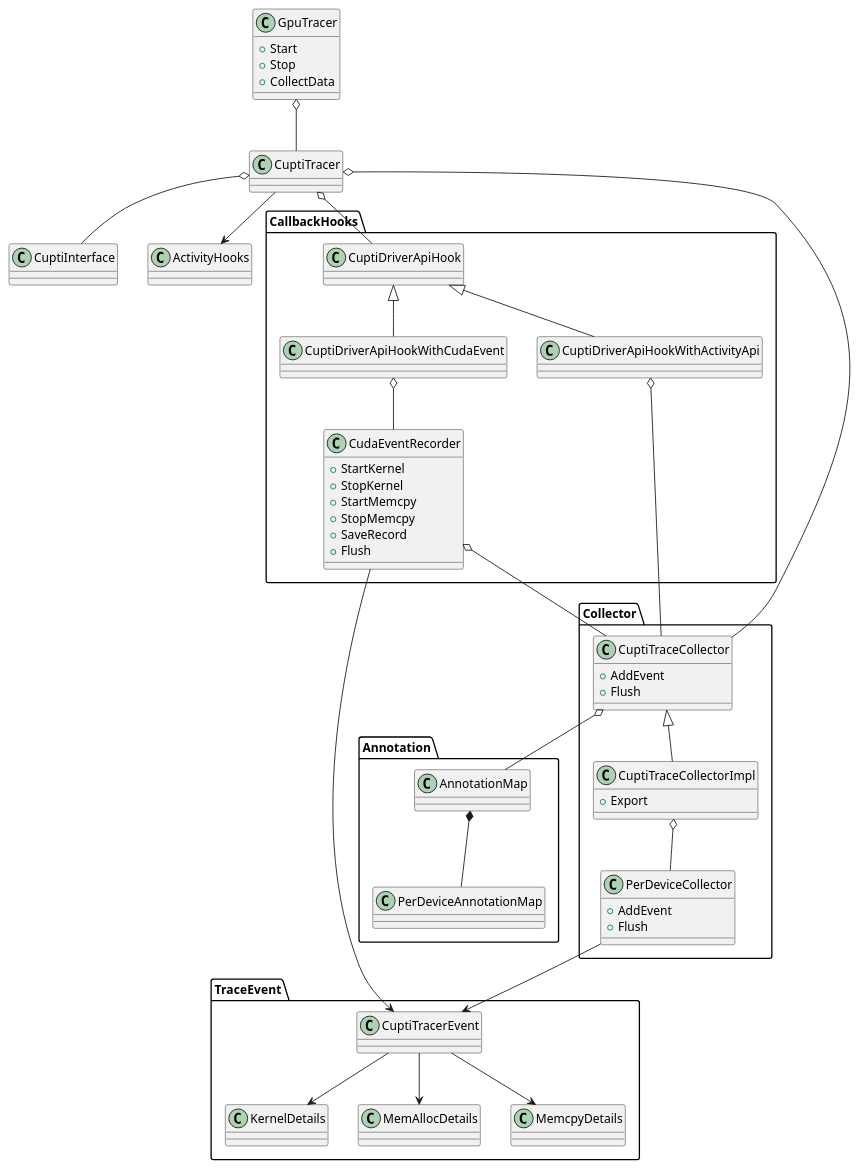
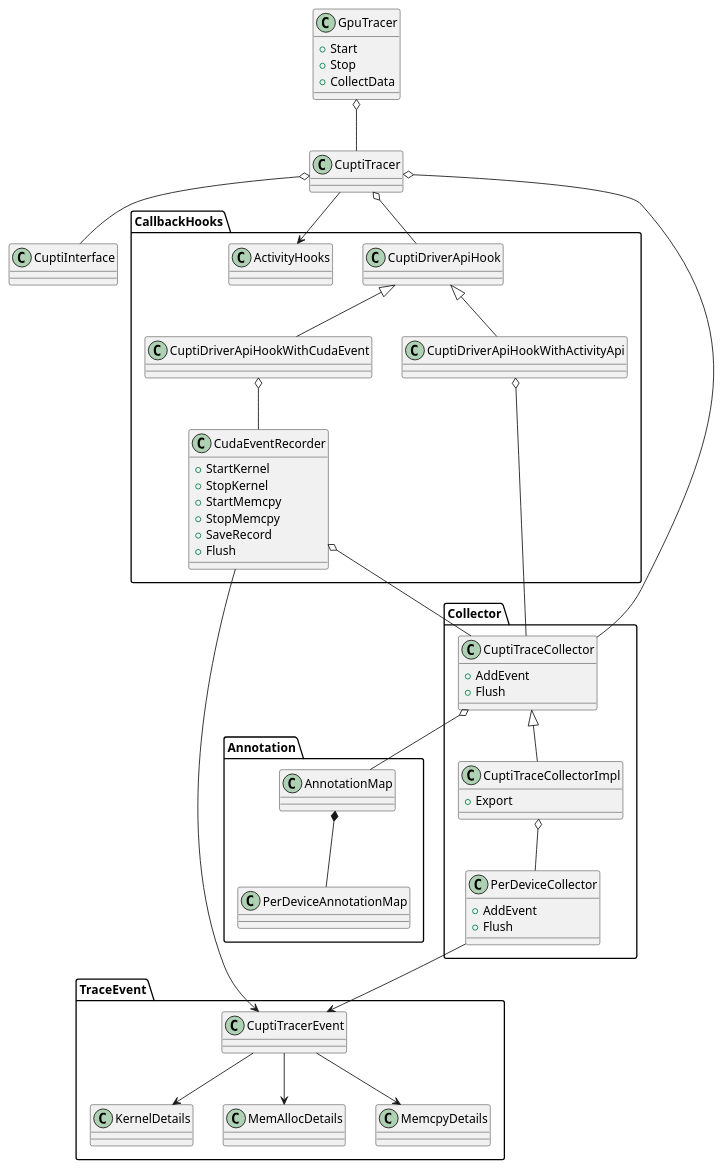
The diagram in _includes/umls/tensorflow_profiler/tensorflow-gpu-profiler-class.plantuml (HermanYang/yangxy.me), drawn with PlantUML before and after one commit. The commit also changed 6 other files, not shown here.

```diff
--- a/_includes/umls/tensorflow_profiler/tensorflow-gpu-profiler-class.plantuml
+++ b/_includes/umls/tensorflow_profiler/tensorflow-gpu-profiler-class.plantuml
@@ -1,81 +1,81 @@
 @startuml
 
 class GpuTracer {
   + Start
   + Stop
   + CollectData
 }
 
 package TraceEvent {
   class KernelDetails
   class MemAllocDetails
   class MemcpyDetails
   class CuptiTracerEvent {
   }
 }
 
 package Annotation {
   class AnnotationMap
   class PerDeviceAnnotationMap
 }
 
 class CuptiTracer
 class CuptiInterface
 
 package CallbackHooks {
   class CuptiDriverApiHook
   class CuptiDriverApiHookWithActivityApi
   class CuptiDriverApiHookWithCudaEvent
+  class ActivityHooks
   class CudaEventRecorder {
     + StartKernel
     + StopKernel
     + StartMemcpy
     + StopMemcpy
     + SaveRecord
     + Flush
   }
 }
 
-class ActivityHooks
 
 package Collector {
   class CuptiTraceCollector {
     + AddEvent
     + Flush
   }
   class CuptiTraceCollectorImpl {
     + Export
   }
   class PerDeviceCollector {
     + AddEvent
     + Flush
   }
 }
 
 
 'Relations'
 GpuTracer o-- CuptiTracer
 
 CuptiTracer o-- CuptiTraceCollector
 CuptiTracer o-- CuptiInterface
 CuptiTracer o-- CuptiDriverApiHook
 CuptiTracer --> ActivityHooks
 
 CuptiDriverApiHook <|-- CuptiDriverApiHookWithActivityApi
 CuptiDriverApiHook <|-- CuptiDriverApiHookWithCudaEvent
 CuptiDriverApiHookWithCudaEvent o-- CudaEventRecorder
 CuptiDriverApiHookWithActivityApi o-- CuptiTraceCollector
 CudaEventRecorder o-- CuptiTraceCollector
 CudaEventRecorder --> CuptiTracerEvent
 
 CuptiTraceCollector <|-- CuptiTraceCollectorImpl
 CuptiTraceCollectorImpl o-- PerDeviceCollector
 PerDeviceCollector --> CuptiTracerEvent
 CuptiTraceCollector o-- AnnotationMap
 AnnotationMap *-- PerDeviceAnnotationMap
 
 CuptiTracerEvent --> MemAllocDetails
 CuptiTracerEvent --> MemcpyDetails
 CuptiTracerEvent --> KernelDetails
 
 @enduml
```
